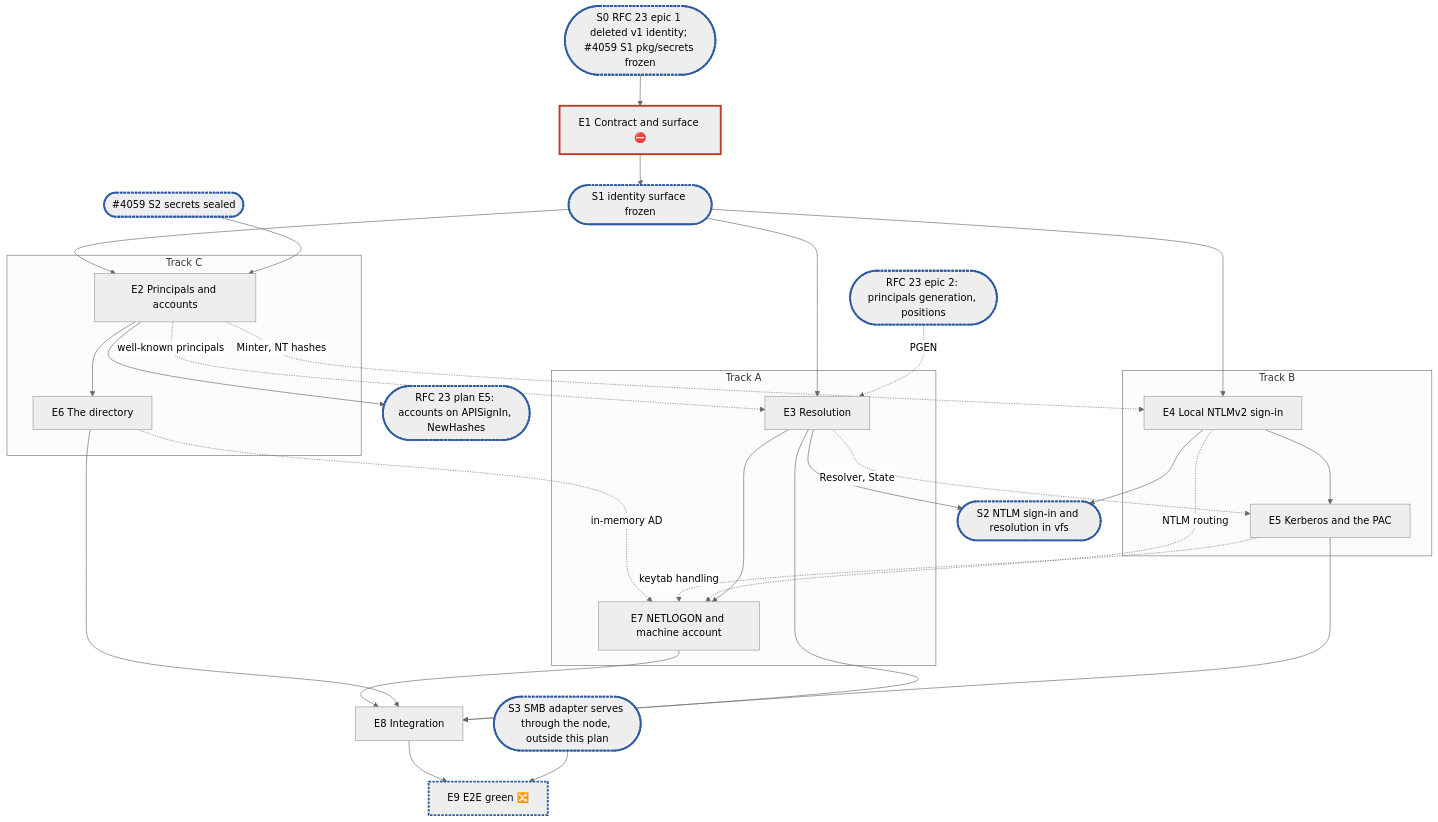
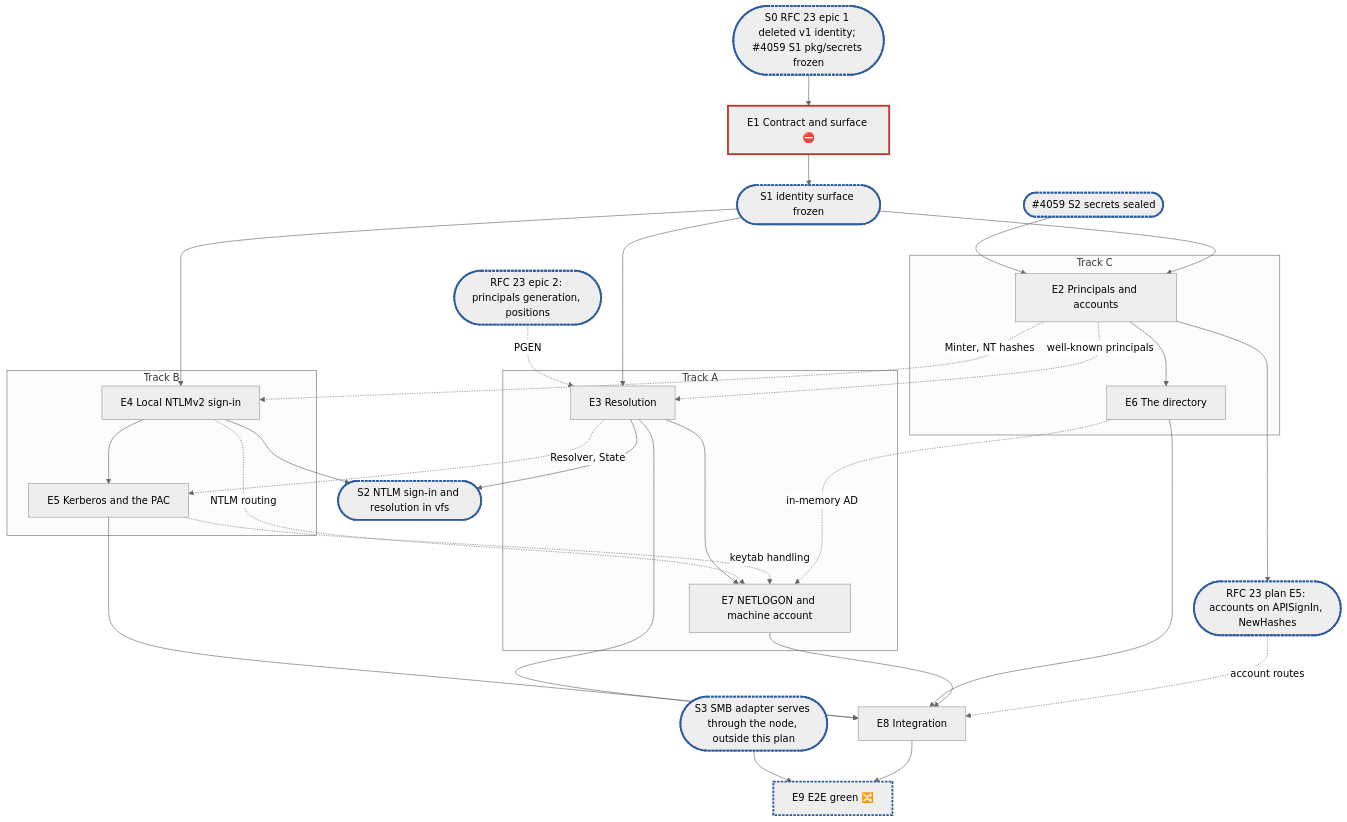
One commit to cubbit/dittofs changed the diagram in docs/internals/planning/rfc-18-identity-plan.md. Above: the diagram before and after it, drawn with Mermaid (neutral theme). The commit also changed other lines of this file and 1 other file, not shown here.

````diff
--- a/docs/internals/planning/rfc-18-identity-plan.md
+++ b/docs/internals/planning/rfc-18-identity-plan.md
@@ -338,30 +346,31 @@
 ```mermaid
 flowchart TD
   X0(["S0 RFC 23 epic 1 deleted v1 identity; #4059 S1 pkg/secrets frozen"]):::sync --> E1["E1 Contract and surface ⛔"]:::blocker
   X2(["#4059 S2 secrets sealed"]):::sync --> E2
   E1 --> S1(["S1 identity surface frozen"]):::sync
   X1(["RFC 23 epic 2: principals generation, positions"]):::sync -. "PGEN" .-> E3
   subgraph A["Track A"]
     E3["E3 Resolution"] --> E7["E7 NETLOGON and machine account"]
   end
   subgraph B["Track B"]
     E4["E4 Local NTLMv2 sign-in"] --> E5["E5 Kerberos and the PAC"]
   end
   subgraph C["Track C"]
     E2["E2 Principals and accounts"] --> E6["E6 The directory"]
   end
   S1 --> E2 & E3 & E4
   E2 --> X3(["RFC 23 plan E5: accounts on APISignIn, NewHashes"]):::sync
   E2 -. "Minter, NT hashes" .-> E4
   E2 -. "well-known principals" .-> E3
   E3 -. "Resolver, State" .-> E5
   E4 -. "NTLM routing" .-> E7
   E5 -. "keytab handling" .-> E7
   E6 -. "in-memory AD" .-> E7
   E3 & E4 --> S2(["S2 NTLM sign-in and resolution in vfs"]):::sync
   E3 & E5 & E6 & E7 --> E8["E8 Integration"]
+  X3 -. "account routes" .-> E8
   S3(["S3 SMB adapter serves through the node, outside this plan"]):::sync --> E9["E9 E2E green 🔀"]:::sync
   E8 --> E9
   classDef blocker stroke:#c0392b,stroke-width:3px
   classDef sync stroke:#2c5aa0,stroke-width:3px,stroke-dasharray:4 2
 ```
````
